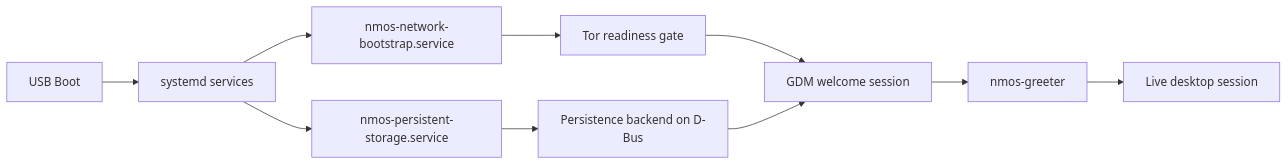
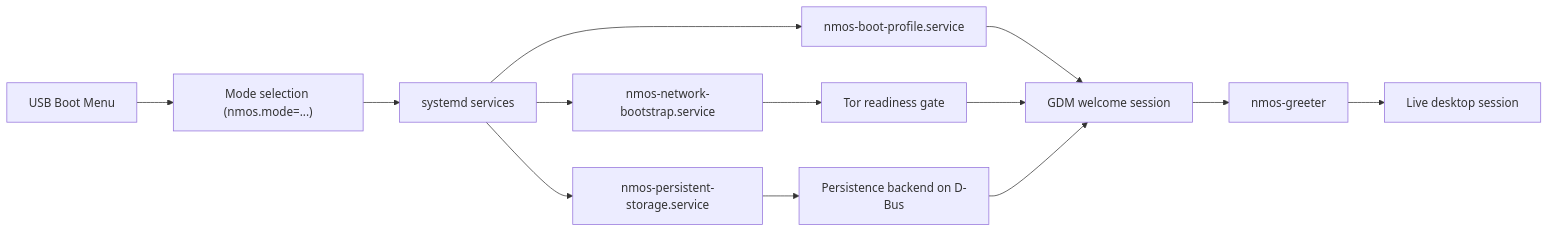
Before and after one commit to Krypera/NM-OS: the diagram in README.md, drawn with Mermaid. The commit also changed other lines of this file and 34 other files, not shown here.

Commit message:
Implement boot mode architecture

````diff
--- a/README.md
+++ b/README.md
@@ -36,12 +37,15 @@
 ```mermaid
 flowchart LR
-    A["USB Boot"] --> B["systemd services"]
-    B --> C["nmos-network-bootstrap.service"]
-    B --> D["nmos-persistent-storage.service"]
-    C --> E["Tor readiness gate"]
-    D --> F["Persistence backend on D-Bus"]
-    E --> G["GDM welcome session"]
-    F --> G
-    G --> H["nmos-greeter"]
-    H --> I["Live desktop session"]
+    A["USB Boot Menu"] --> B["Mode selection (nmos.mode=...)"]
+    B --> C["systemd services"]
+    C --> D["nmos-boot-profile.service"]
+    C --> E["nmos-network-bootstrap.service"]
+    C --> F["nmos-persistent-storage.service"]
+    E --> G["Tor readiness gate"]
+    F --> H["Persistence backend on D-Bus"]
+    D --> I["GDM welcome session"]
+    G --> I
+    H --> I
+    I --> J["nmos-greeter"]
+    J --> K["Live desktop session"]
 ```
````
